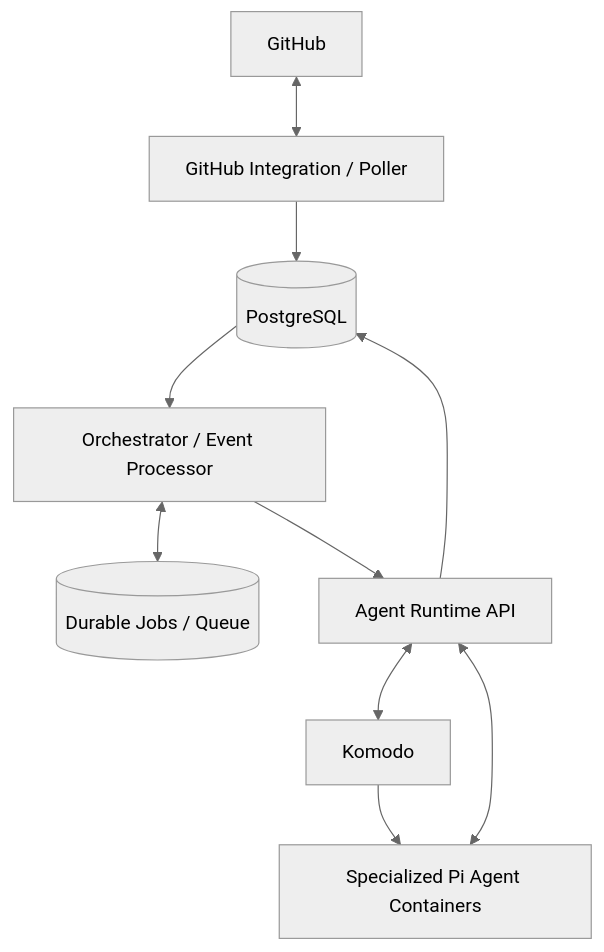
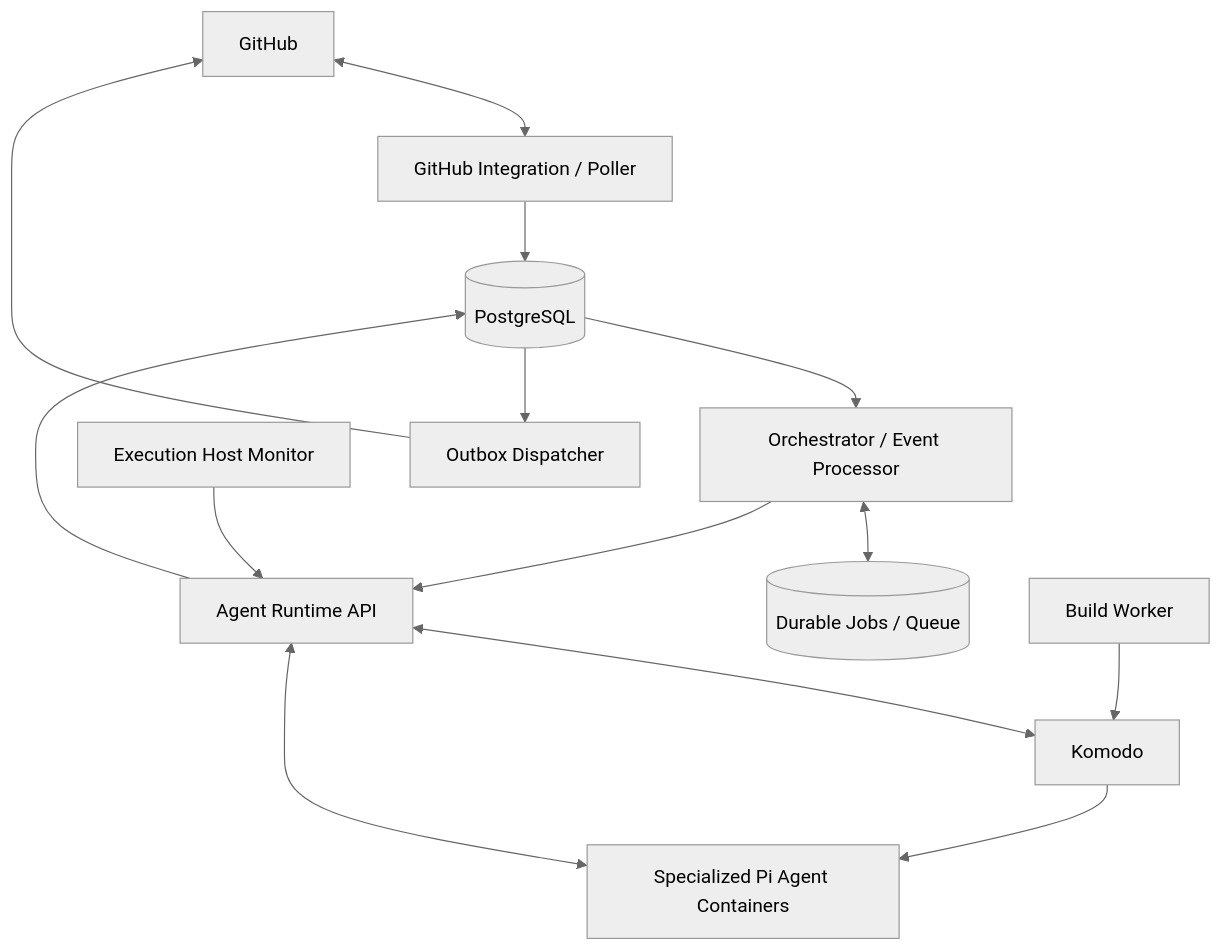
One commit to aliaksandrZh/ai-worker-01 changed the first of 2 diagrams in pi-agent-architecture/01-architecture-and-flows.md. Above: the diagram before and after it, drawn with Mermaid (neutral theme). The commit also changed other lines of this file and 4 other files, not shown here.

````diff
--- a/pi-agent-architecture/01-architecture-and-flows.md
+++ b/pi-agent-architecture/01-architecture-and-flows.md
@@ -13,12 +13,16 @@
 ```mermaid
 flowchart TD
     GH[GitHub] <--> GI[GitHub Integration / Poller]
     GI --> DB[(PostgreSQL)]
     DB --> OP[Orchestrator / Event Processor]
     OP <--> Q[(Durable Jobs / Queue)]
     OP --> RA[Agent Runtime API]
     RA <--> K[Komodo]
     K --> C[Specialized Pi Agent Containers]
     C <--> RA
     RA --> DB
+    HM[Execution Host Monitor] --> RA
+    BW[Build Worker] --> K
+    DB --> OW[Outbox Dispatcher]
+    OW --> GH
 ```
````
